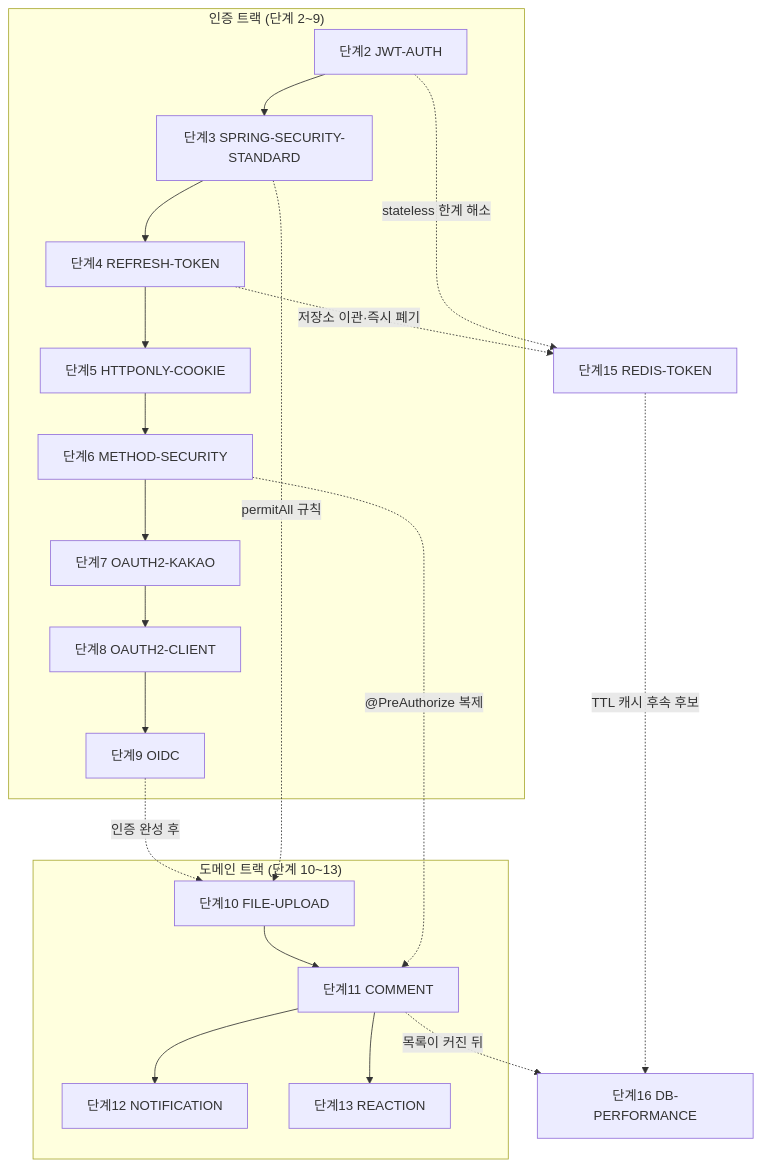
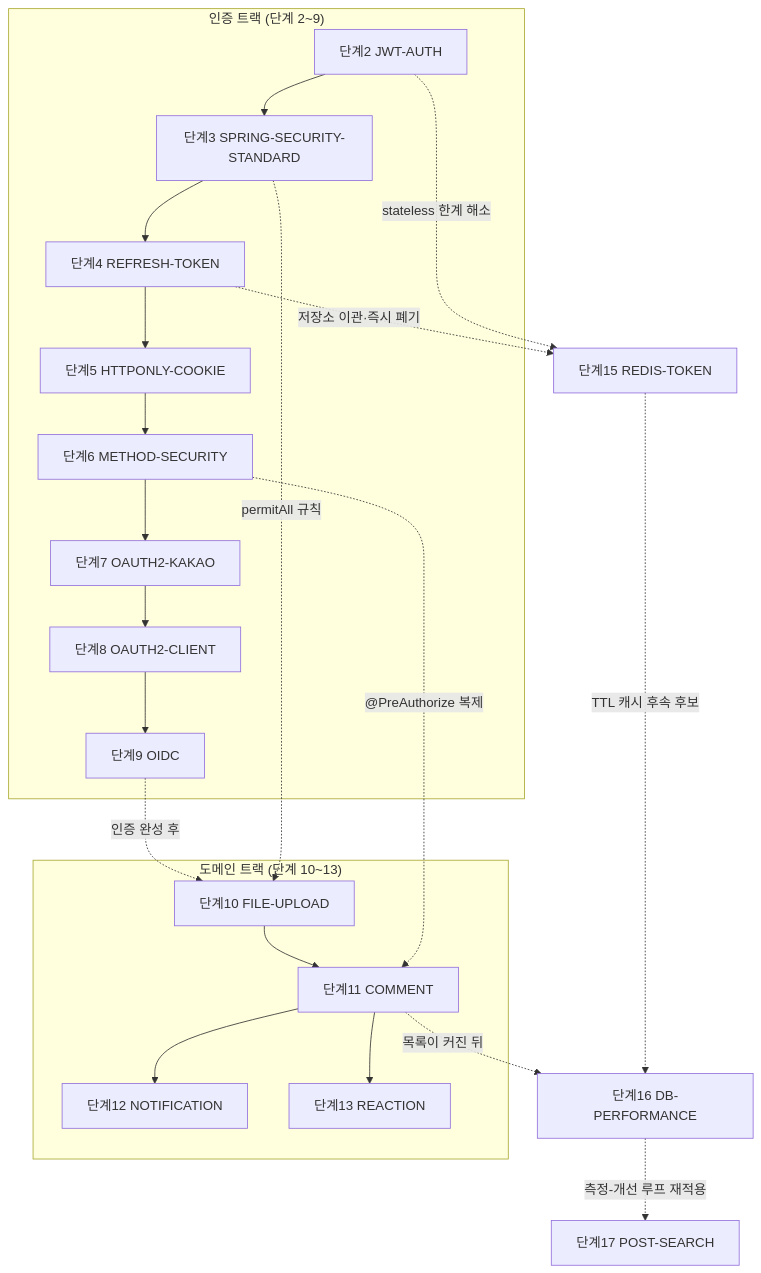
The diagram in docs/lecture/000-MOC.md (icesnake72/boards), drawn with Mermaid before and after one commit. The commit also changed other lines of this file and 2 other files, not shown here.

Commit message:
docs: 단계 17 게시글 검색 설계+실습 문서 (전 구간 실측, 코드 무변경)
- POST-SEARCH.md 신규 — FULLTEXT+ngram 설계: LIKE 무용 원리, 검색 모드
  선택 근거, API 명세(PostCursorResponse 재사용), JPA native 쿼리의 벽,
  함정 6종, Elasticsearch 판단 기준, 구현 순서 표
- POST-SEARCH-LAB.md 신규 — 100만 건 손 실습(명령 개별 박스):
  LIKE 4,626ms → MATCH 7.15ms(650배), ADD FULLTEXT 8.0.33 버그 재현과
  ALGORITHM=COPY 우회(26.5s), ngram 관찰(1글자 0건·관련도 점수),
  흔한 단어 10분+ 미완료·KILL 무시 실측, FTS 크기 은폐(69.1MB),
  완전 복원 절차(OPTIMIZE 6.7s)
- 000-MOC.md — §2 단계 17 행 + §1 의존 지도 SEARCH 노드

Claude-Session: https://claude.ai/code/session_01H8iGdCipPrc8yQuDpXZGUV

````diff
--- a/docs/lecture/000-MOC.md
+++ b/docs/lecture/000-MOC.md
@@ -18,24 +18,25 @@
 ```mermaid
 flowchart TD
   subgraph AUTH["인증 트랙 (단계 2~9)"]
     JWT["단계2 JWT-AUTH"] --> STD["단계3 SPRING-SECURITY-STANDARD"]
     STD --> RT["단계4 REFRESH-TOKEN"]
     RT --> COOKIE["단계5 HTTPONLY-COOKIE"]
     COOKIE --> MS["단계6 METHOD-SECURITY"]
     MS --> KAKAO["단계7 OAUTH2-KAKAO"]
     KAKAO --> CLIENT["단계8 OAUTH2-CLIENT"]
     CLIENT --> OIDC["단계9 OIDC"]
   end
   subgraph DOMAIN["도메인 트랙 (단계 10~13)"]
     FILE["단계10 FILE-UPLOAD"] --> COMMENT["단계11 COMMENT"]
     COMMENT --> NOTI["단계12 NOTIFICATION"]
     COMMENT --> REACT["단계13 REACTION"]
   end
   RT -.->|"저장소 이관·즉시 폐기"| REDIS["단계15 REDIS-TOKEN"]
   JWT -.->|"stateless 한계 해소"| REDIS
   OIDC -.->|"인증 완성 후"| FILE
   STD -.->|"permitAll 규칙"| FILE
   MS -.->|"@PreAuthorize 복제"| COMMENT
   COMMENT -.->|"목록이 커진 뒤"| PERF["단계16 DB-PERFORMANCE"]
   REDIS -.->|"TTL 캐시 후속 후보"| PERF
+  PERF -.->|"측정-개선 루프 재적용"| SEARCH["단계17 POST-SEARCH"]
 ```
````
